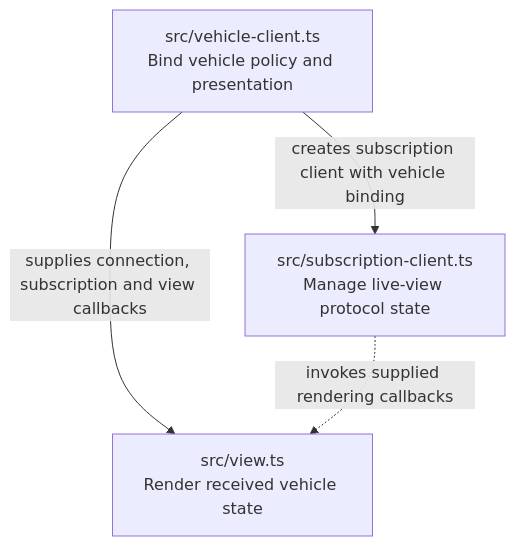
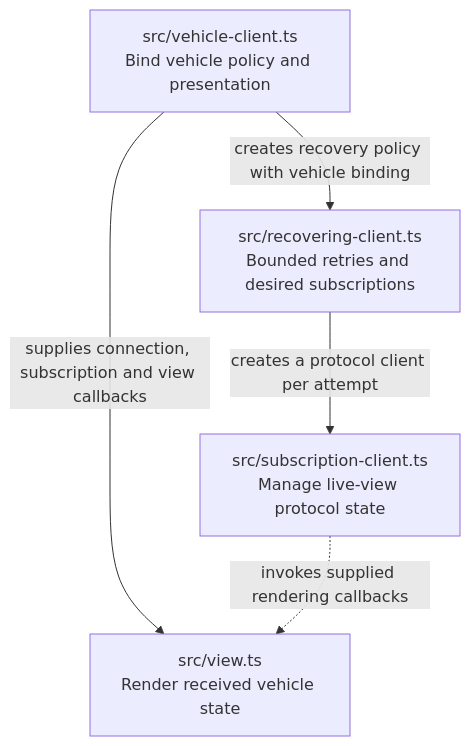
Before and after one commit to sproates/zooglass: the first of 2 diagrams in incubator/vehicle-tracker/docs/source-map.md, drawn with Mermaid. The commit also changed other lines of this file and 15 other files, not shown here.

Commit message:
Add bounded automatic browser recovery for expected data faults (#67)

````diff
--- a/incubator/vehicle-tracker/docs/source-map.md
+++ b/incubator/vehicle-tracker/docs/source-map.md
@@ -18,9 +18,11 @@
 ```mermaid
 flowchart TB
   client["src/vehicle-client.ts<br/>Bind vehicle policy and presentation"]
   subscription["src/subscription-client.ts<br/>Manage live-view protocol state"]
   view["src/view.ts<br/>Render received vehicle state"]
-  client -->|creates subscription client with vehicle binding| subscription
+  recovery["src/recovering-client.ts<br/>Bounded retries and desired subscriptions"]
+  client -->|creates recovery policy with vehicle binding| recovery
+  recovery -->|creates a protocol client per attempt| subscription
   client -->|supplies connection, subscription and view callbacks| view
   subscription -.->|invokes supplied rendering callbacks| view
 ```
````
